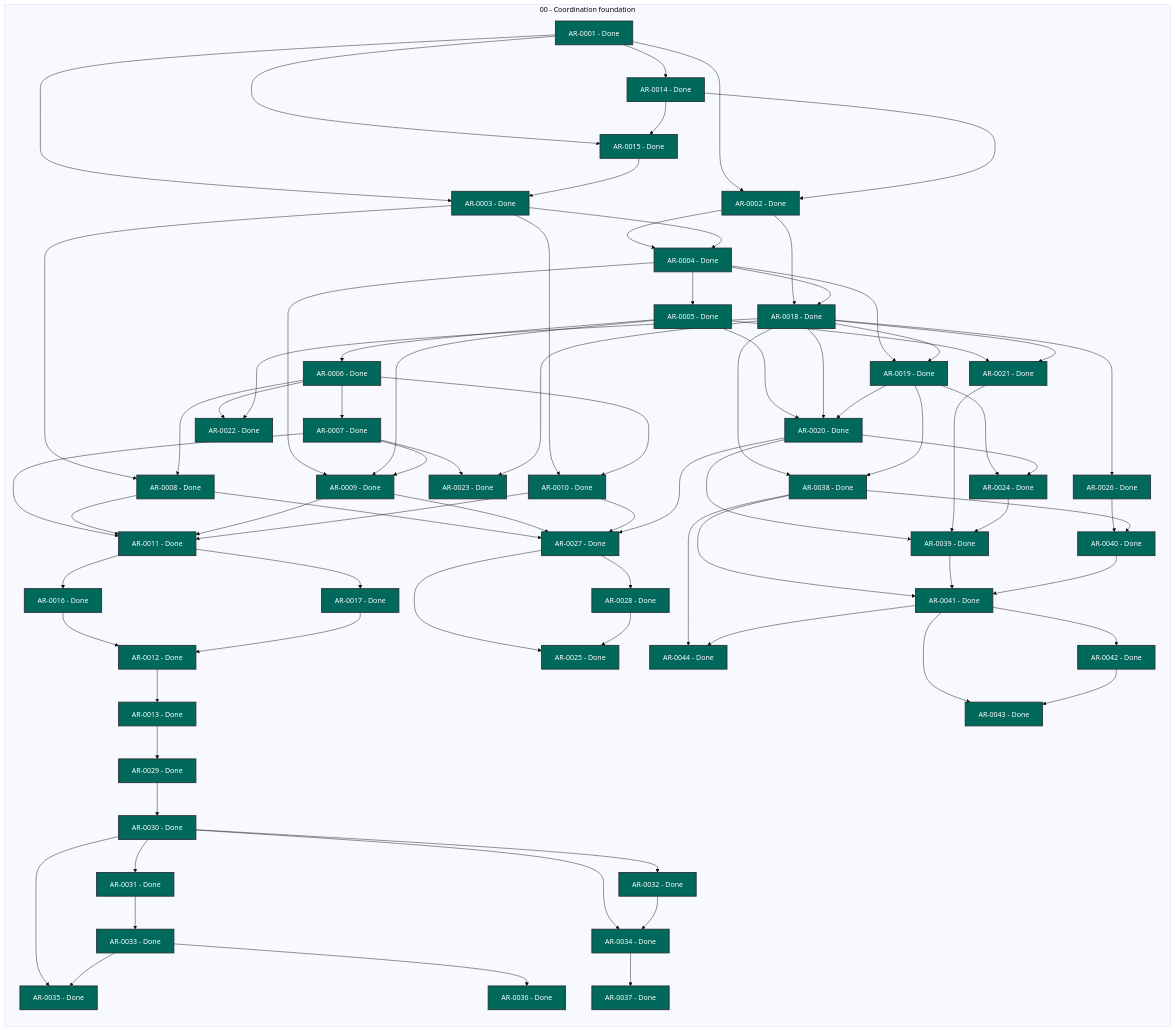
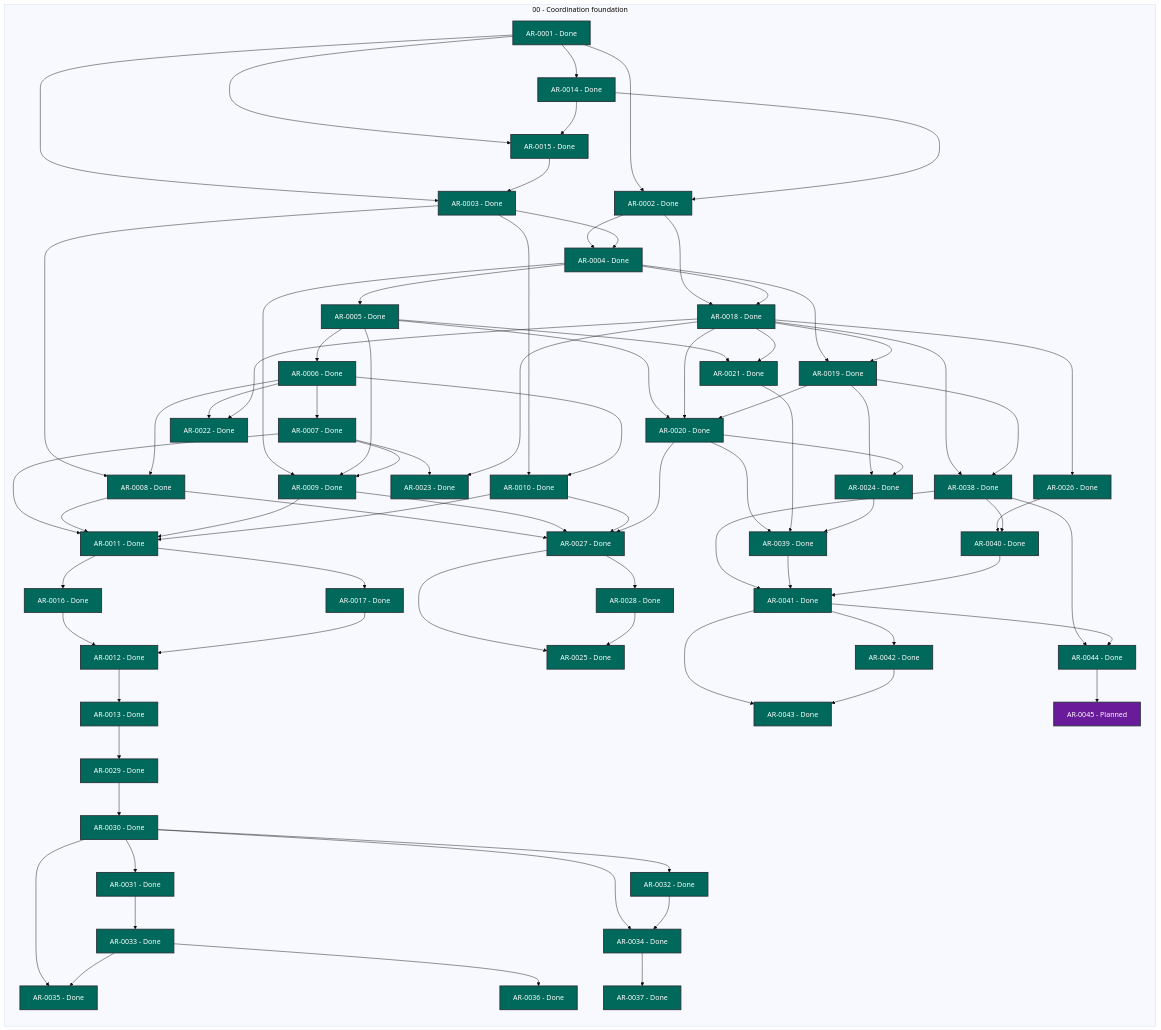
The diagram in STATUS.md (martin-beck/agent-workflow-tui-state), drawn with Mermaid (base theme) before and after one commit. The commit also changed other lines of this file and 2 other files, not shown here.

```diff
--- a/STATUS.md
+++ b/STATUS.md
@@ -72,6 +72,7 @@
         AR_0042["AR-0042 - Done"]:::status_done
         AR_0043["AR-0043 - Done"]:::status_done
         AR_0044["AR-0044 - Done"]:::status_done
+        AR_0045["AR-0045 - Planned"]:::status_planned
     end
     AR_0001 --> AR_0002
     AR_0001 --> AR_0003
@@ -150,6 +151,7 @@
     AR_0041 --> AR_0043
     AR_0041 --> AR_0044
     AR_0042 --> AR_0043
+    AR_0044 --> AR_0045
     classDef status_in_progress fill:#1565c0,color:#ffffff,stroke:#263238,stroke-width:2px
     classDef status_open fill:#2e7d32,color:#ffffff,stroke:#263238,stroke-width:2px
     classDef status_blocked fill:#c62828,color:#ffffff,stroke:#263238,stroke-width:2px
```
